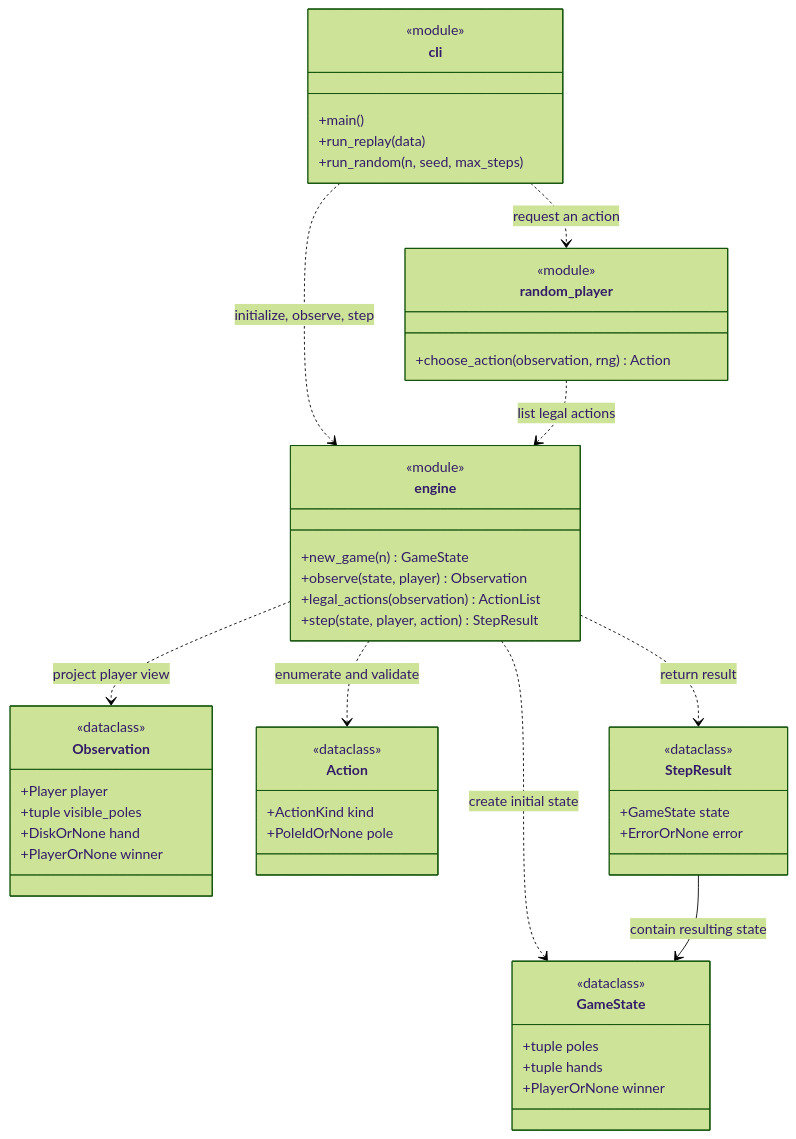
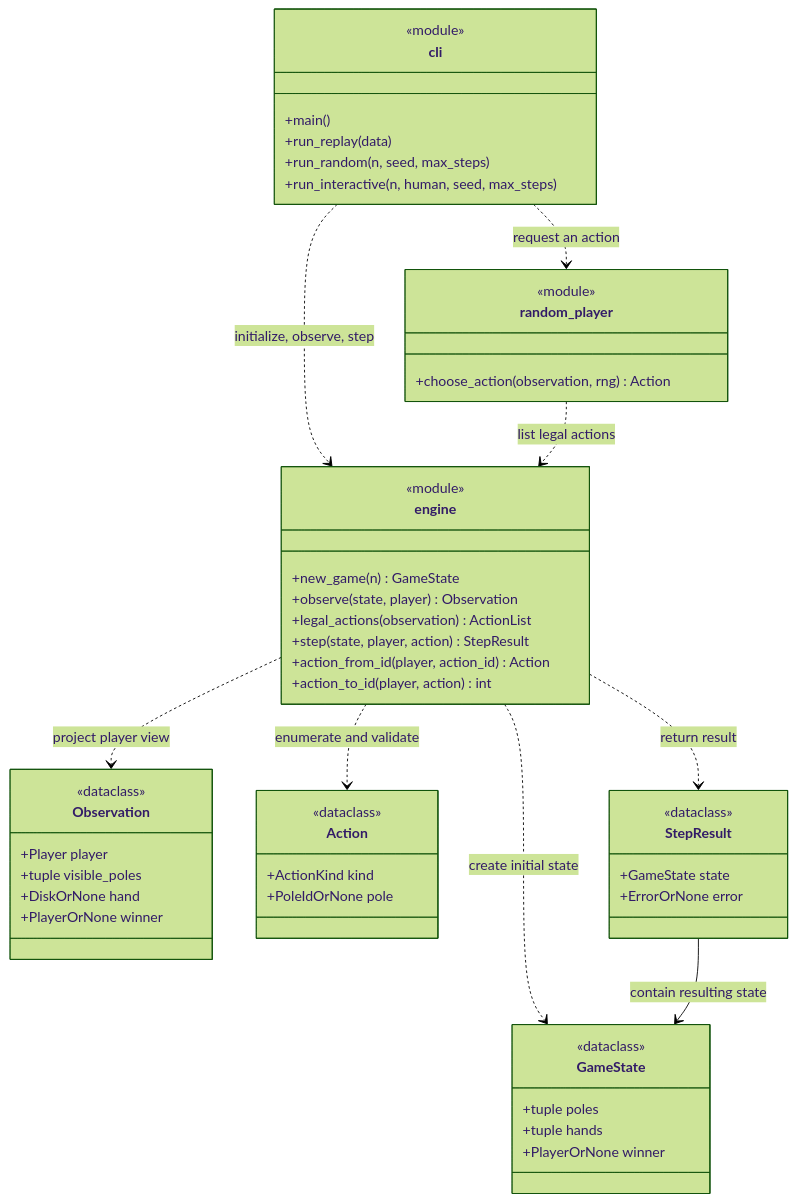
Before and after one commit to StIssac/hanoi_crossing: the first of 2 diagrams in README.md, drawn with Mermaid (forest theme). The commit also changed other lines of this file and 12 other files, not shown here.

````diff
--- a/README.md
+++ b/README.md
@@ -155,61 +166,64 @@
 ```mermaid
 classDiagram
     direction TB
 
     class GameState {
         <<dataclass>>
         +tuple poles
         +tuple hands
         +PlayerOrNone winner
     }
 
     class Observation {
         <<dataclass>>
         +Player player
         +tuple visible_poles
         +DiskOrNone hand
         +PlayerOrNone winner
     }
 
     class Action {
         <<dataclass>>
         +ActionKind kind
         +PoleIdOrNone pole
     }
 
     class StepResult {
         <<dataclass>>
         +GameState state
         +ErrorOrNone error
     }
 
     class engine {
         <<module>>
         +new_game(n) GameState
         +observe(state, player) Observation
         +legal_actions(observation) ActionList
         +step(state, player, action) StepResult
+        +action_from_id(player, action_id) Action
+        +action_to_id(player, action) int
     }
 
     class random_player {
         <<module>>
         +choose_action(observation, rng) Action
     }
 
     class cli {
         <<module>>
         +main()
         +run_replay(data)
         +run_random(n, seed, max_steps)
+        +run_interactive(n, human, seed, max_steps)
     }
 
     cli ..> engine : initialize, observe, step
     cli ..> random_player : request an action
     random_player ..> engine : list legal actions
 
     engine ..> GameState : create initial state
     engine ..> Observation : project player view
     engine ..> Action : enumerate and validate
     engine ..> StepResult : return result
     StepResult --> GameState : contain resulting state
 ```
````
